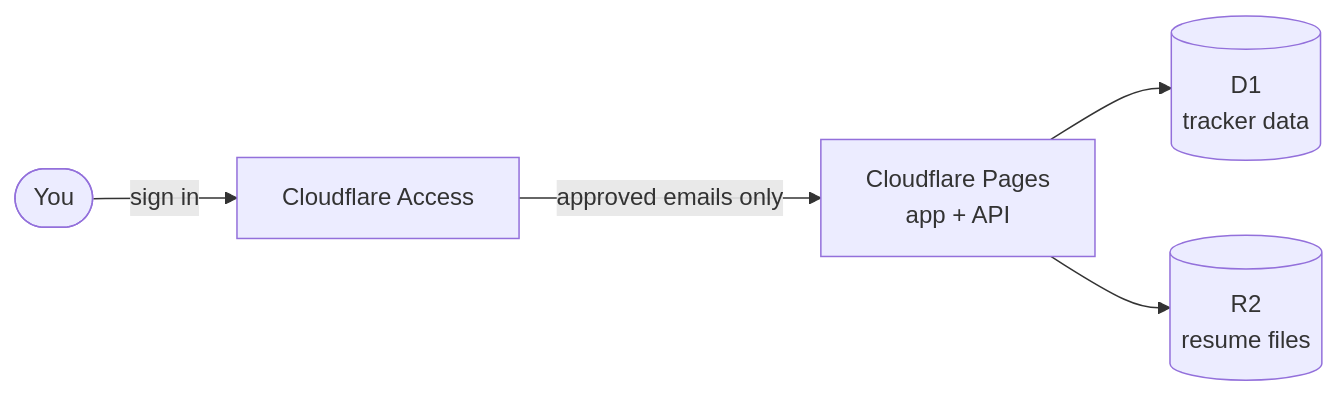
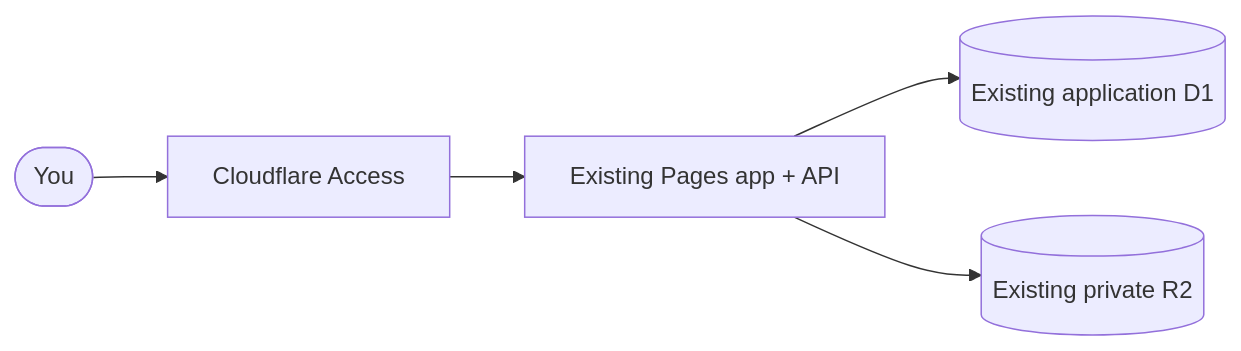
Before and after one commit to Simplificatedd/JobApplicationTracker: the diagram in README.md, drawn with Mermaid. The commit also changed other lines of this file and 35 other files, not shown here.

Commit message:
Simplify production deployment to existing Pages, D1 and R2

````diff
--- a/README.md
+++ b/README.md
@@ -101,7 +86,7 @@
 ```mermaid
 flowchart LR
-    You([You]) -->|sign in| Access[Cloudflare Access]
-    Access -->|approved emails only| Pages[Cloudflare Pages<br/>app + API]
-    Pages --> D1[(D1<br/>tracker data)]
-    Pages --> R2[(R2<br/>resume files)]
+    You([You]) --> Access[Cloudflare Access]
+    Access --> Pages[Existing Pages app + API]
+    Pages --> D1[(Existing application D1)]
+    Pages --> R2[(Existing private R2)]
 ```
````
